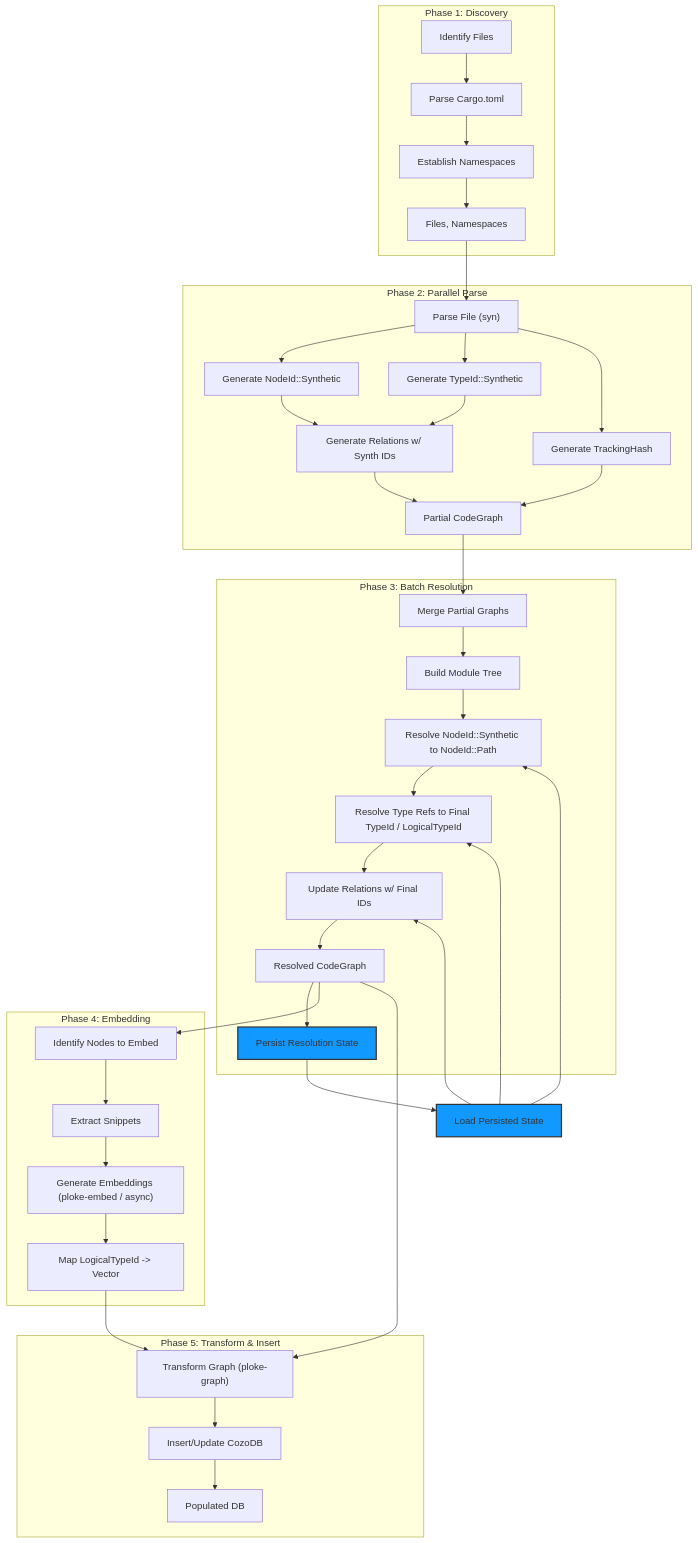
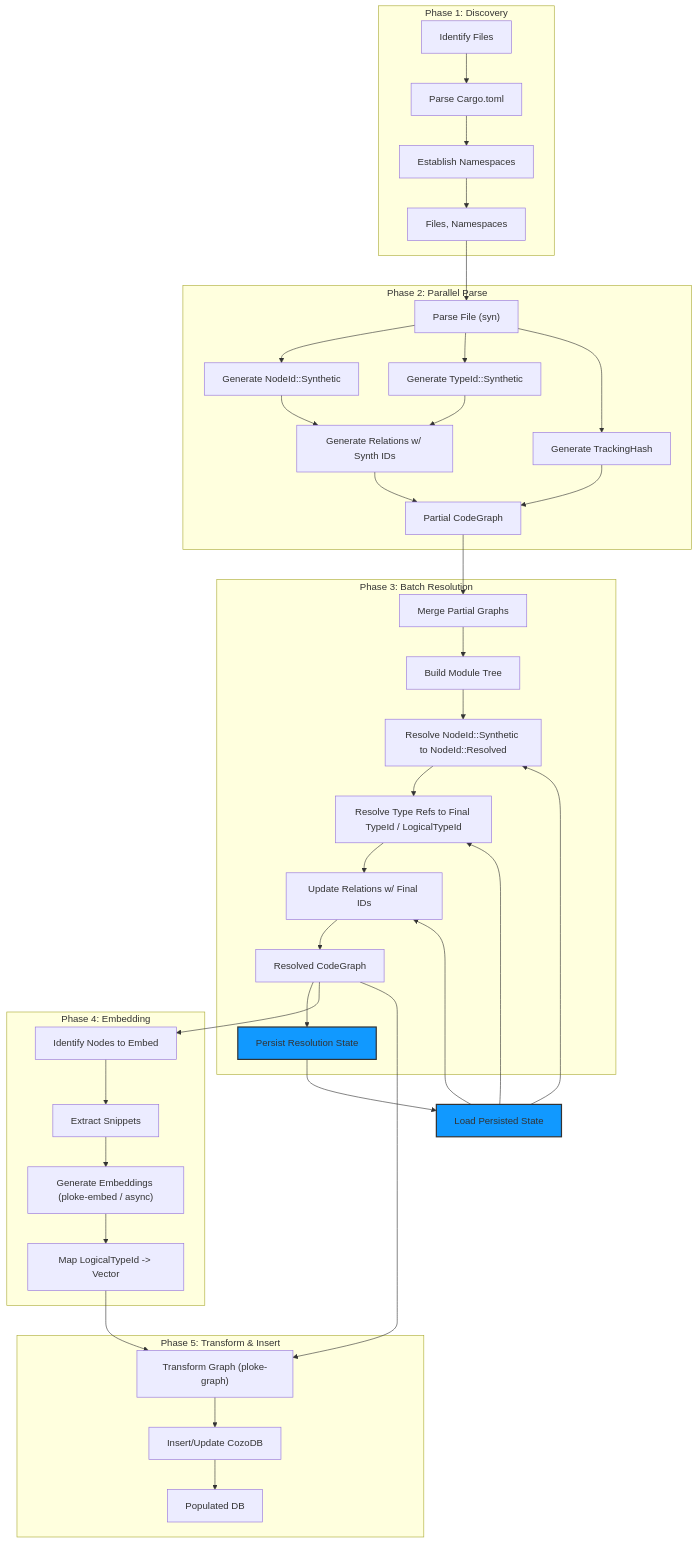
The first of 2 diagrams in docs/plans/uuid_refactor/00_overview_batch_processing_model.md (josephleblanc/ploke), drawn with Mermaid before and after one commit. The commit also changed other lines of this file and 1 other file, not shown here.

````diff
--- a/docs/plans/uuid_refactor/00_overview_batch_processing_model.md
+++ b/docs/plans/uuid_refactor/00_overview_batch_processing_model.md
@@ -155,51 +157,51 @@
 ```mermaid
 flowchart TD
     subgraph Phase1["Phase 1: Discovery"]
         D1["Identify Files"] --> D2["Parse Cargo.toml"]
         D2 --> D3["Establish Namespaces"]
         D3 --> P2_Input["Files, Namespaces"]
     end
 
     subgraph Phase2["Phase 2: Parallel Parse"]
         P2_Input --> P2_Parse["Parse File (syn)"]
         P2_Parse --> P2_GenSynthID["Generate NodeId::Synthetic"]
         P2_Parse --> P2_GenSynthTypeID["Generate TypeId::Synthetic"]
         P2_Parse --> P2_GenTrackHash["Generate TrackingHash"]
         P2_GenSynthID --> P2_GenRelations["Generate Relations w/ Synth IDs"]
         P2_GenSynthTypeID --> P2_GenRelations
         P2_GenRelations --> P2_Output["Partial CodeGraph"]
         P2_GenTrackHash --> P2_Output
     end
 
     subgraph Phase3["Phase 3: Batch Resolution"]
         P2_Output --> P3_Merge["Merge Partial Graphs"]
         P3_Merge --> P3_BuildTree["Build Module Tree"]
-        P3_BuildTree --> P3_ResolveNodeID["Resolve NodeId::Synthetic to NodeId::Path"]
+        P3_BuildTree --> P3_ResolveNodeID["Resolve NodeId::Synthetic to NodeId::Resolved"]
         P3_ResolveNodeID --> P3_ResolveTypes["Resolve Type Refs to Final TypeId / LogicalTypeId"]
         P3_ResolveTypes --> P3_UpdateRelations["Update Relations w/ Final IDs"]
         P3_UpdateRelations --> P3_Output["Resolved CodeGraph"]
         P3_Output --> P3_Persist["Persist Resolution State"]
     end
 
     subgraph Phase4["Phase 4: Embedding"]
         P3_Output --> P4_Identify["Identify Nodes to Embed"]
         P4_Identify --> P4_Extract["Extract Snippets"]
         P4_Extract --> P4_Embed["Generate Embeddings (ploke-embed / async)"]
         P4_Embed --> P4_Output["Map LogicalTypeId -> Vector"]
     end
 
     subgraph Phase5["Phase 5: Transform & Insert"]
         P3_Output --> P5_Transform["Transform Graph (ploke-graph)"]
         P4_Output --> P5_Transform
         P5_Transform --> P5_Insert["Insert/Update CozoDB"]
         P5_Insert --> P5_Output["Populated DB"]
     end
 
     P3_Persist --> P1_LoadState["Load Persisted State"]
     P1_LoadState --> P3_ResolveNodeID
     P1_LoadState --> P3_ResolveTypes
     P1_LoadState --> P3_UpdateRelations
 
     style P1_LoadState fill:#19f,stroke:#333,stroke-width:2px
     style P3_Persist fill:#19f,stroke:#333,stroke-width:2px
 ```
````
